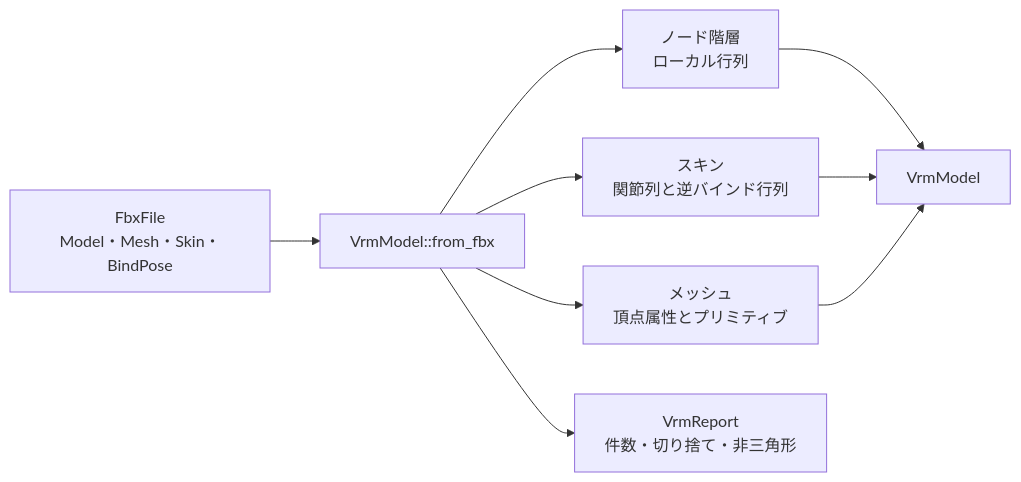
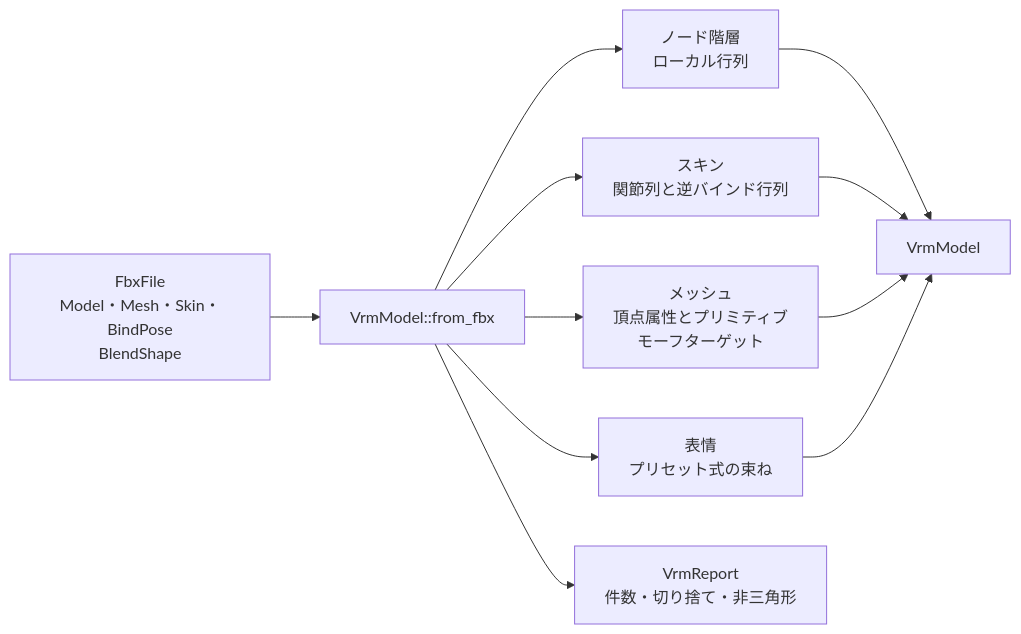
One commit to halby24/vrctom changed the diagram in design/VRM中間モデル.md. Above: the diagram before and after it, drawn with Mermaid. The commit also changed other lines of this file and 15 other files, not shown here.

````diff
--- a/design/VRM中間モデル.md
+++ b/design/VRM中間モデル.md
@@ -16,11 +17,13 @@
 ```mermaid
 flowchart LR
-    fbx[FbxFile<br/>Model・Mesh・Skin・BindPose] --> build[VrmModel::from_fbx]
+    fbx[FbxFile<br/>Model・Mesh・Skin・BindPose<br/>BlendShape] --> build[VrmModel::from_fbx]
     build --> nodes[ノード階層<br/>ローカル行列]
     build --> skins[スキン<br/>関節列と逆バインド行列]
-    build --> meshes[メッシュ<br/>頂点属性とプリミティブ]
+    build --> meshes[メッシュ<br/>頂点属性とプリミティブ<br/>モーフターゲット]
+    build --> expr[表情<br/>プリセット式の束ね]
     build --> report[VrmReport<br/>件数・切り捨て・非三角形]
     nodes --> out[VrmModel]
     skins --> out
     meshes --> out
+    expr --> out
 ```
````
